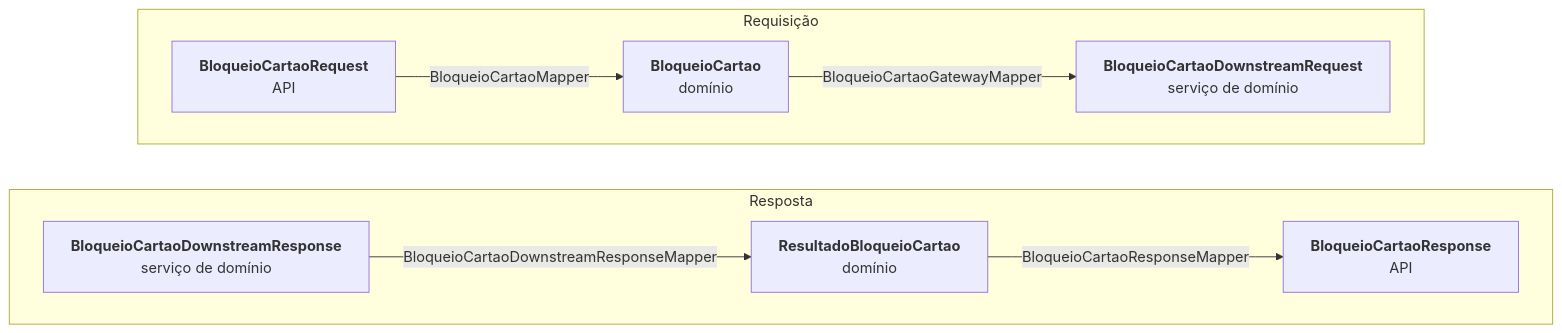
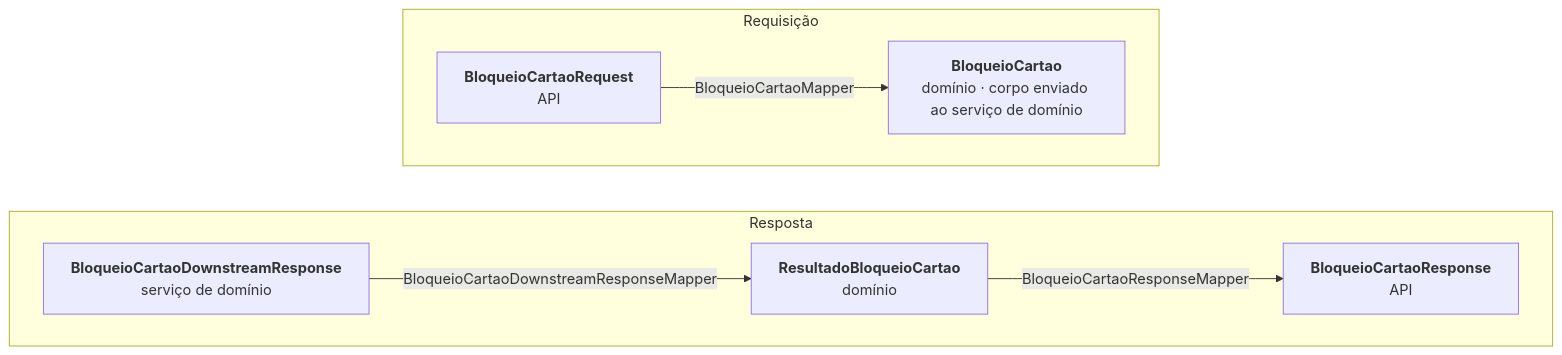
One commit to luanvs-ciant/bradesco changed the second of 2 diagrams in README.md. Above: the diagram before and after it, drawn with Mermaid. The commit also changed other lines of this file and 6 other files, not shown here.

Commit message:
refactor: simplify BloqueioCartao processing by removing unnecessary DTOs and mappers

````diff
--- a/README.md
+++ b/README.md
@@ -70,22 +70,20 @@
 ```mermaid
 flowchart TB
     subgraph ida["Requisição"]
         direction LR
         req["<b>BloqueioCartaoRequest</b><br/>API"]
-        model["<b>BloqueioCartao</b><br/>domínio"]
-        dreq["<b>BloqueioCartaoDownstreamRequest</b><br/>serviço de domínio"]
+        model["<b>BloqueioCartao</b><br/>domínio · corpo enviado ao serviço de domínio"]
         req -- "BloqueioCartaoMapper" --> model
-        model -- "BloqueioCartaoGatewayMapper" --> dreq
     end
 
     subgraph volta["Resposta"]
         direction LR
         res["<b>BloqueioCartaoResponse</b><br/>API"]
         result["<b>ResultadoBloqueioCartao</b><br/>domínio"]
         dres["<b>BloqueioCartaoDownstreamResponse</b><br/>serviço de domínio"]
         dres -- "BloqueioCartaoDownstreamResponseMapper" --> result
         result -- "BloqueioCartaoResponseMapper" --> res
     end
 
     ida ~~~ volta
 ```
````
